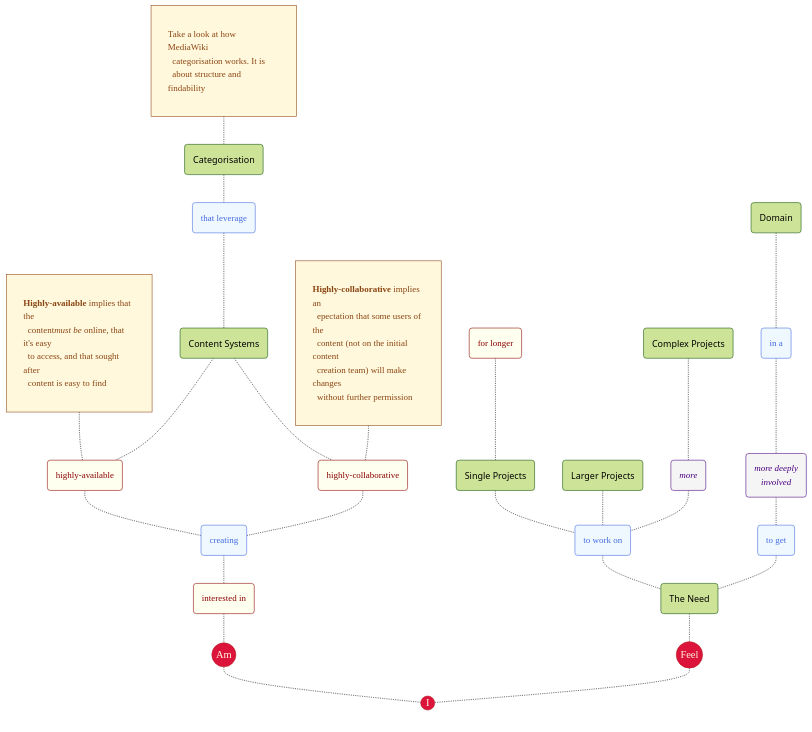
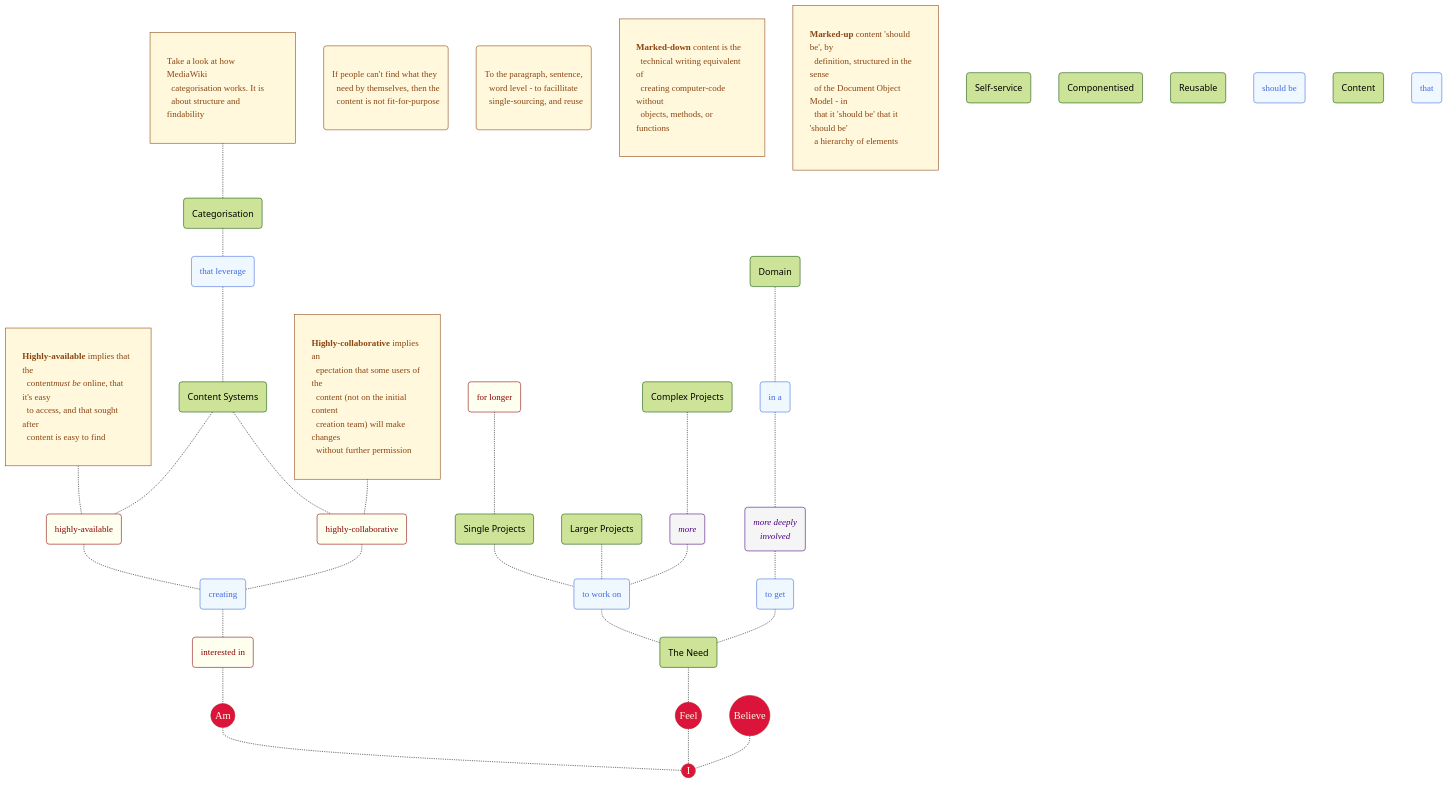
Before and after one commit to joe-dorward/samples: the diagram in my_mermaid_mindmap_2.md, drawn with Mermaid.

````diff
--- a/my_mermaid_mindmap_2.md
+++ b/my_mermaid_mindmap_2.md
@@ -6,7 +6,6 @@
   classDef Adverb fill:whitesmoke, color:indigo, stroke:indigo, font-family:verdana, font-style:italic;
   classDef Adjective fill:ivory, color:darkred, stroke:darkred, font-family:verdana, line-height:18pt;
   classDef Note fill:cornsilk, stroke:saddlebrown, color:saddlebrown, font-family:verdana, text-align:left, margin:8px;
-
 
   %% ========== ========== ========== ========== ==========
   I(("I")):::Start
@@ -78,6 +77,25 @@
   DOMAIN-.-IN_A-.-MORE_DEEPLY_INVOLVED-.-TO_GET-.-THE_NEED
 
   THE_NEED-.-
-  FEEL-.-
-  I
+  FEEL-.-I
+  %% ========== ========== ========== ========== ==========
+  BELIEVE(("Believe")):::Start
+
+  SELF_SERVICE_NOTE("If people can't find what they<br/>&ensp;need by themselves, then the<br/>&ensp;content is not fit-for-purpose")
+  COMPONENTISED_NOTE("To the paragraph, sentence,<br/>&ensp;word level - to facillitate<br/>&ensp;single-sourcing, and reuse")
+  MARKED_DOWN_CONTENT_NOTE["<b>Marked-down</b> content is the<br/>&ensp;technical writing equivalent of<br/>&ensp;creating computer-code without<br/>&ensp;objects, methods, or functions"]
+  MARKED_UP_CONTENT_NOTE["<b>Marked-up</b> content 'should be', by<br/>&ensp;definition, structured in the sense<br/>&ensp;of the Document Object Model - in<br/>&ensp;that it 'should be' that it 'should be'<br/>&ensp;a hierarchy of elements"]
+
+  class SELF_SERVICE_NOTE,COMPONENTISED_NOTE,MARKED_DOWN_CONTENT_NOTE,MARKED_UP_CONTENT_NOTE Note;
+
+  SELF_SERVICE("Self-service")
+  COMPONENTISED("Componentised")
+  REUSABLE("Reusable")
+  SHOULD_BE_1("should be")
+  CONTENT_1("Content")
+  THAT_1("that")
+
+  class SHOULD_BE_1,THAT_1 Verb;
+
+  BELIEVE-.-I
 ```
````
